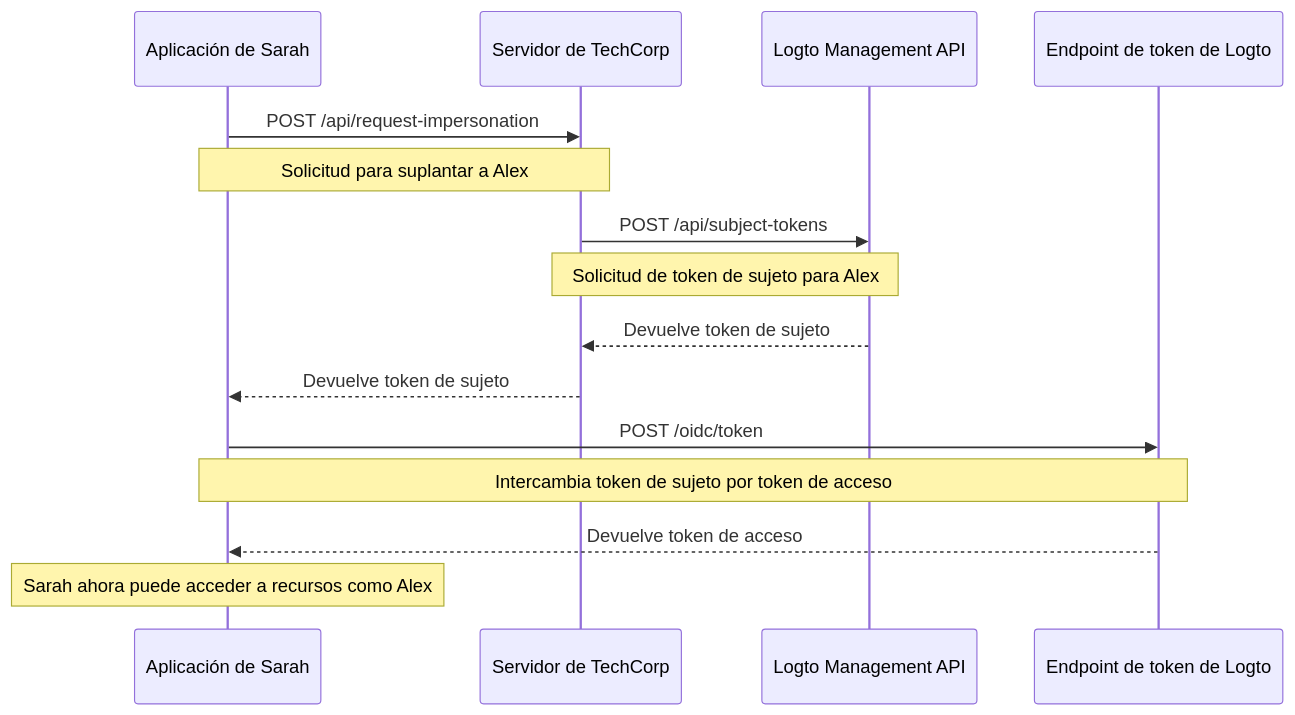
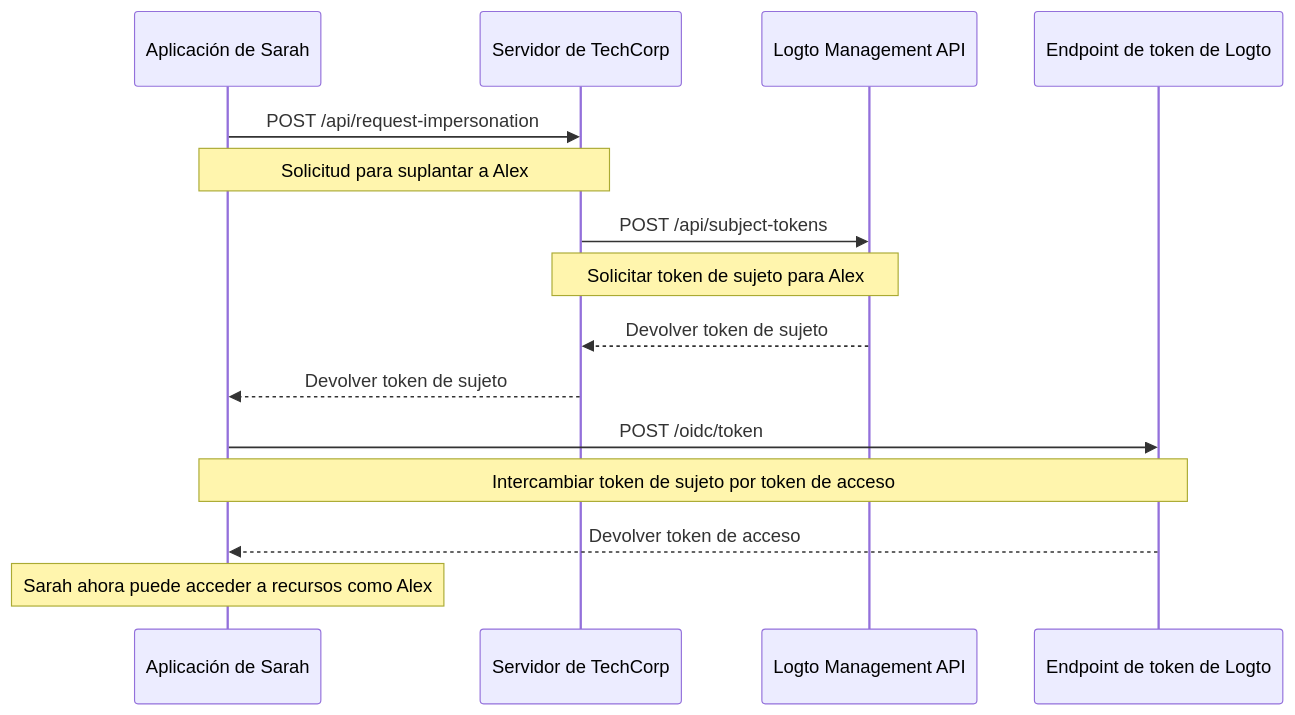
Before and after one commit to logto-io/docs: the diagram in i18n/es/docusaurus-plugin-content-docs/current/developers/user-impersonation.mdx, drawn with Mermaid. The commit also changed other lines of this file and 428 other files, not shown here.

````diff
--- a/i18n/es/docusaurus-plugin-content-docs/current/developers/user-impersonation.mdx
+++ b/i18n/es/docusaurus-plugin-content-docs/current/developers/user-impersonation.mdx
@@ -16,22 +16,22 @@
 ```mermaid
 sequenceDiagram
     participant Sarah as Aplicación de Sarah
     participant TechCorp as Servidor de TechCorp
     participant Logto as Logto Management API
     participant LogtoToken as Endpoint de token de Logto
 
     Sarah->>TechCorp: POST /api/request-impersonation
     Note over Sarah,TechCorp: Solicitud para suplantar a Alex
 
     TechCorp->>Logto: POST /api/subject-tokens
-    Note over TechCorp,Logto: Solicitud de token de sujeto para Alex
+    Note over TechCorp,Logto: Solicitar token de sujeto para Alex
 
-    Logto-->>TechCorp: Devuelve token de sujeto
-    TechCorp-->>Sarah: Devuelve token de sujeto
+    Logto-->>TechCorp: Devolver token de sujeto
+    TechCorp-->>Sarah: Devolver token de sujeto
 
     Sarah->>LogtoToken: POST /oidc/token
-    Note over Sarah,LogtoToken: Intercambia token de sujeto por token de acceso
+    Note over Sarah,LogtoToken: Intercambiar token de sujeto por token de acceso
 
-    LogtoToken-->>Sarah: Devuelve token de acceso
+    LogtoToken-->>Sarah: Devolver token de acceso
     Note over Sarah: Sarah ahora puede acceder a recursos como Alex
 ```
````
